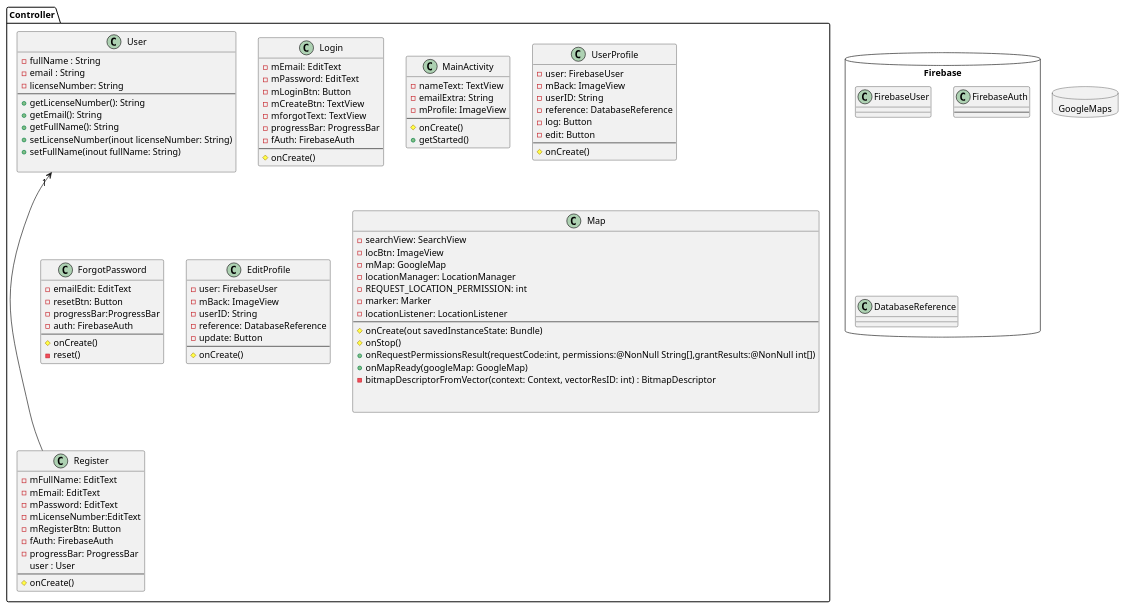
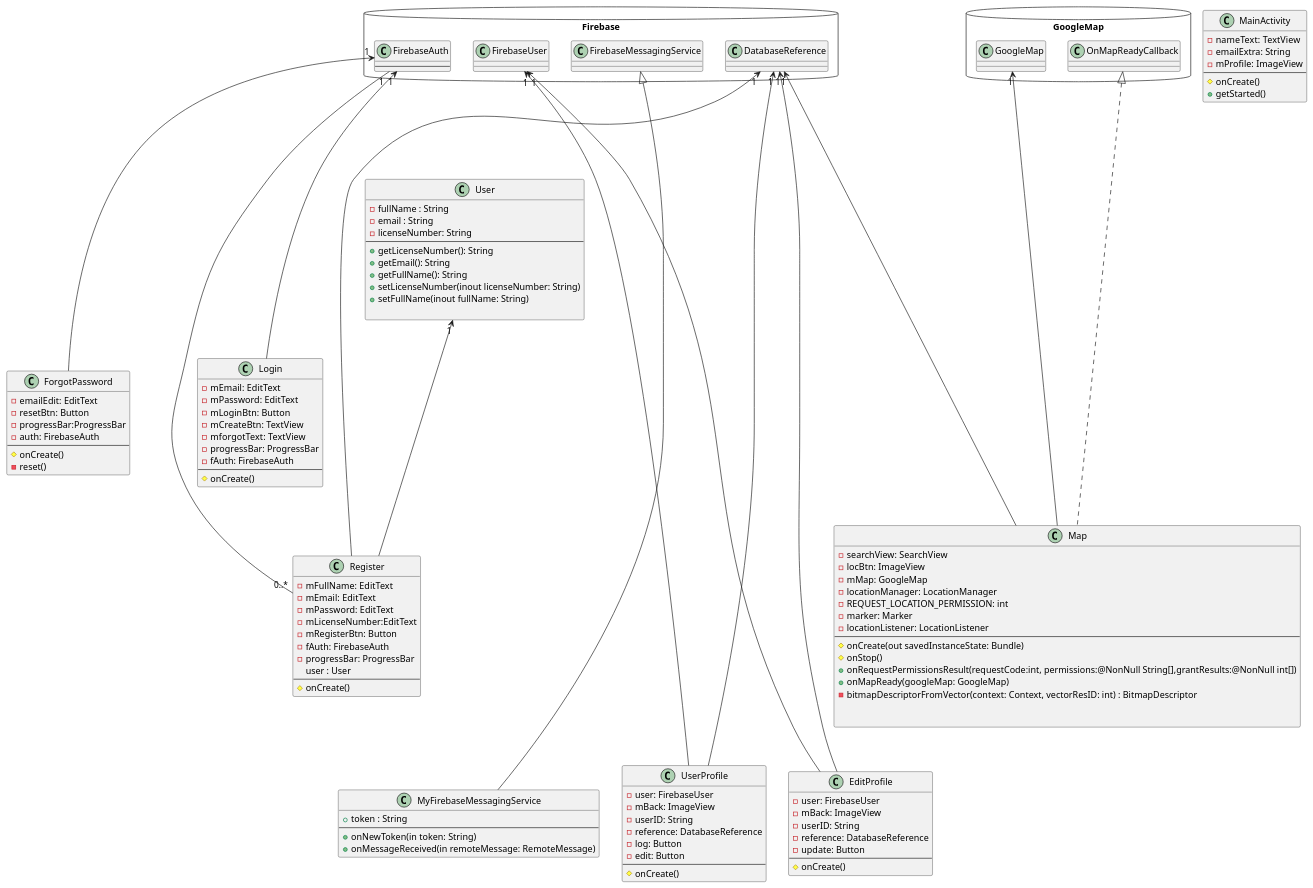
The diagram in app/src/main/java/com/example/parallel/UML.puml (marwahalshaebi/ParallelApp), drawn with PlantUML before and after one commit.

Commit message:
Background changes

```diff
--- a/app/src/main/java/com/example/parallel/UML.puml
+++ b/app/src/main/java/com/example/parallel/UML.puml
@@ -1,132 +1,162 @@
 @startuml
 
 
-Class Controller.User{
+Class User{
 -fullName : String
 -email : String
 -licenseNumber: String
 --
 + getLicenseNumber(): String
 +getEmail(): String
 +getFullName(): String
 +setLicenseNumber(inout licenseNumber: String)
 +setFullName(inout fullName: String)
 
 }
 
-Class Controller.Register{
+Class Register{
 -mFullName: EditText
 -mEmail: EditText
 -mPassword: EditText
 -mLicenseNumber:EditText
 -mRegisterBtn: Button
 -fAuth: FirebaseAuth
 -progressBar: ProgressBar
 user : User
 --
 #onCreate()
 }
 
-Class Controller.Login{
+Class Login {
 -mEmail: EditText
 -mPassword: EditText
 -mLoginBtn: Button
 -mCreateBtn: TextView
 -mforgotText: TextView
 -progressBar: ProgressBar
 -fAuth: FirebaseAuth
 --
 #onCreate()
 }
 
-class Controller.MainActivity{
+class MainActivity {
 -nameText: TextView
 -emailExtra: String
 -mProfile: ImageView
 ---
 #onCreate()
 +getStarted()
 }
 
-class Controller.UserProfile{
+class UserProfile{
 -user: FirebaseUser
 -mBack: ImageView
 -userID: String
 -reference: DatabaseReference
 -log: Button
 -edit: Button
 --
 #onCreate()
 }
 
-Class Controller.ForgotPassword{
+Class ForgotPassword{
 -emailEdit: EditText
 -resetBtn: Button
 -progressBar:ProgressBar
 -auth: FirebaseAuth
 --
 #onCreate()
 -reset()
 }
 
-Class Controller.EditProfile{
+Class EditProfile {
 -user: FirebaseUser
 -mBack: ImageView
 -userID: String
 -reference: DatabaseReference
 -update: Button
 --
 #onCreate()
 }
 
-Class Controller.Map{
+Class MyFirebaseMessagingService{
++ token : String
+---
++ onNewToken(in token: String)
++ onMessageReceived(in remoteMessage: RemoteMessage)
+}
+
+Class Map{
 -searchView: SearchView
 -locBtn: ImageView
 -mMap: GoogleMap
 -locationManager: LocationManager
 - REQUEST_LOCATION_PERMISSION: int
 -marker: Marker
 -locationListener: LocationListener
 ----
 #onCreate(out savedInstanceState: Bundle)
 #onStop()
 +onRequestPermissionsResult(requestCode:int, permissions:@NonNull String[],grantResults:@NonNull int[])
 +onMapReady(googleMap: GoogleMap)
 -bitmapDescriptorFromVector(context: Context, vectorResID: int) : BitmapDescriptor
 
 
 }
-Controller.User "1"<--- Controller.Register
+User "1"<--- Register
 
 
 
 
 
 package Firebase <<Database>>{
 
 Class FirebaseUser{
 
 }
 
 Class FirebaseAuth{
 --
 'getEmail()
 'sendPasswordResetEmail(in email: String)
 'createUserWithEmailAndPassword(in email: String, in password: String)
 'signInWithEmailAndPassword(in email: String, in password: String)
 }
 
 Class DatabaseReference{
 
 }
 
+Class FirebaseMessagingService{}
+
+FirebaseMessagingService <|------ MyFirebaseMessagingService
+
+FirebaseUser "1" <------ UserProfile
+FirebaseUser "1" <------ EditProfile
+
+FirebaseAuth "1"---- "0..*" Register
+FirebaseAuth "1"<---- Login
+FirebaseAuth "1"<---- ForgotPassword
+
+DatabaseReference "1" <----- Register
+DatabaseReference "1" <----- EditProfile
+DatabaseReference "1" <----- UserProfile
+DatabaseReference "1" <----- Map
+
 }
 
-package GoogleMaps <<Database>>{
-
+package GoogleMap <<Database>>{
+ Class GoogleMap{}
+ Class OnMapReadyCallback{}
+ OnMapReadyCallback <|...Map
+ GoogleMap "1" <----- Map
 }
 
 
 
 
+
+
+
+
 @enduml
```
